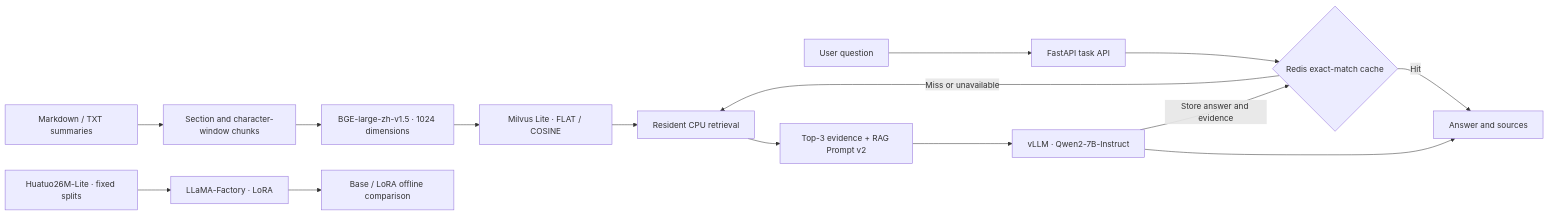
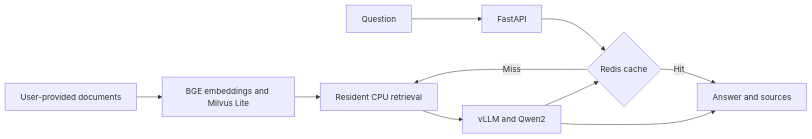
The first of 2 diagrams in README.md (jackylxj/medical-domain-rag), drawn with Mermaid before and after one commit. The commit also changed other lines of this file and 67 other files, not shown here.

````diff
--- a/README.md
+++ b/README.md
@@ -28,17 +23,12 @@
 ```mermaid
 flowchart LR
-  D[Markdown / TXT summaries] --> C[Section and character-window chunks]
-  C --> E[BGE-large-zh-v1.5 · 1024 dimensions]
-  E --> M[Milvus Lite · FLAT / COSINE]
-  U[User question] --> A[FastAPI task API]
-  A --> K{Redis exact-match cache}
-  K -->|Hit| O[Answer and sources]
-  K -->|Miss or unavailable| R[Resident CPU retrieval]
-  M --> R
-  R --> P[Top-3 evidence + RAG Prompt v2]
-  P --> V[vLLM · Qwen2-7B-Instruct]
+  D[User-provided documents] --> I[BGE embeddings and Milvus Lite]
+  Q[Question] --> A[FastAPI]
+  A --> C{Redis cache}
+  C -->|Hit| O[Answer and sources]
+  C -->|Miss| R[Resident CPU retrieval]
+  I --> R
+  R --> V[vLLM and Qwen2]
   V --> O
-  V -->|Store answer and evidence| K
-  T[Huatuo26M-Lite · fixed splits] --> L[LLaMA-Factory · LoRA]
-  L --> Q[Base / LoRA offline comparison]
+  V --> C
 ```
````
